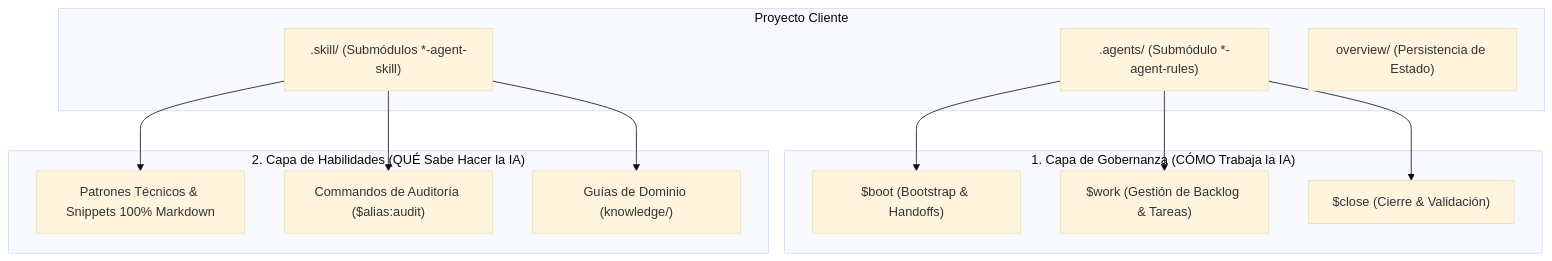
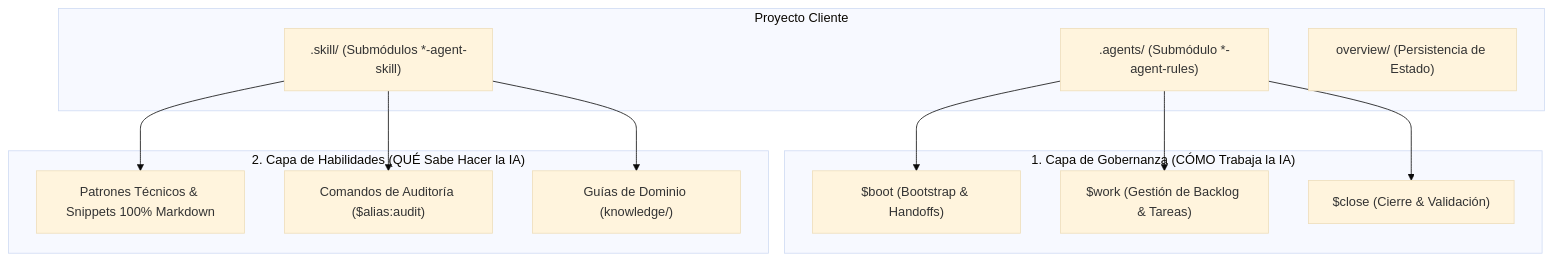
The diagram in README.md (Agent-Rules-Ecosystem/agent-rules-ecosystem), drawn with Mermaid (base theme) before and after one commit. The commit also changed other lines of this file and 2 other files, not shown here.

Commit message:
docs: remove PENDIENTES.md and update README.md & SKILL_STANDARD.md with all ecosystem skills (Kotlin, Swift, Python, i18n, Telemetry)

````diff
--- a/README.md
+++ b/README.md
@@ -14,20 +14,20 @@
 ```mermaid
 graph TD
     subgraph Dominio ["Proyecto Cliente"]
         RULES[".agents/ (Submódulo *-agent-rules)"]
         SKILLS[".skill/ (Submódulos *-agent-skill)"]
         OVERVIEW["overview/ (Persistencia de Estado)"]
     end
     
     subgraph Gobernanza ["1. Capa de Gobernanza (CÓMO Trabaja la IA)"]
         RULES --> BOOT["$boot (Bootstrap & Handoffs)"]
         RULES --> WORK["$work (Gestión de Backlog & Tareas)"]
         RULES --> CLOSE["$close (Cierre & Validación)"]
     end
     
     subgraph Habilidades ["2. Capa de Habilidades (QUÉ Sabe Hacer la IA)"]
         SKILLS --> TECH["Patrones Técnicos & Snippets 100% Markdown"]
-        SKILLS --> AUDIT["Commandos de Auditoría ($alias:audit)"]
+        SKILLS --> AUDIT["Comandos de Auditoría ($alias:audit)"]
         SKILLS --> KNOWLEDGE["Guías de Dominio (knowledge/)"]
     end
 ```
````
